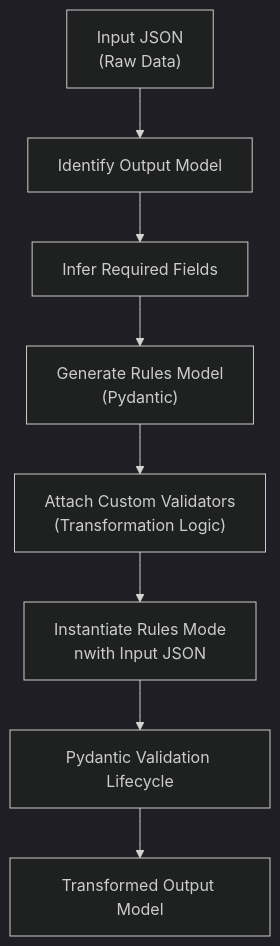
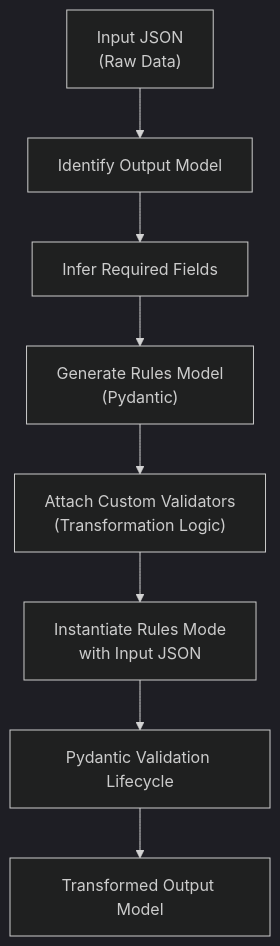
One commit to Abhinav-Varma/validator_blackbox changed the diagram in README.md. Above: the diagram before and after it, drawn with Mermaid (dark theme).

Commit message:
minor change

````diff
--- a/README.md
+++ b/README.md
@@ -70,19 +70,19 @@
 ```mermaid
 flowchart TD
 
     A["Input JSON<br>(Raw Data)"] --> B["Identify Output Model"]
 
     B --> C["Infer Required Fields"]
 
     C --> D["Generate Rules Model<br>(Pydantic)"]
 
     D --> E["Attach Custom Validators<br>(Transformation Logic)"]
 
-    E --> F["Instantiate Rules Mode<br>nwith Input JSON"]
+    E --> F["Instantiate Rules Mode<br>with Input JSON"]
 
     F --> G["Pydantic Validation Lifecycle"]
 
     G --> H["Transformed Output Model"]
 
 
 ```
````
